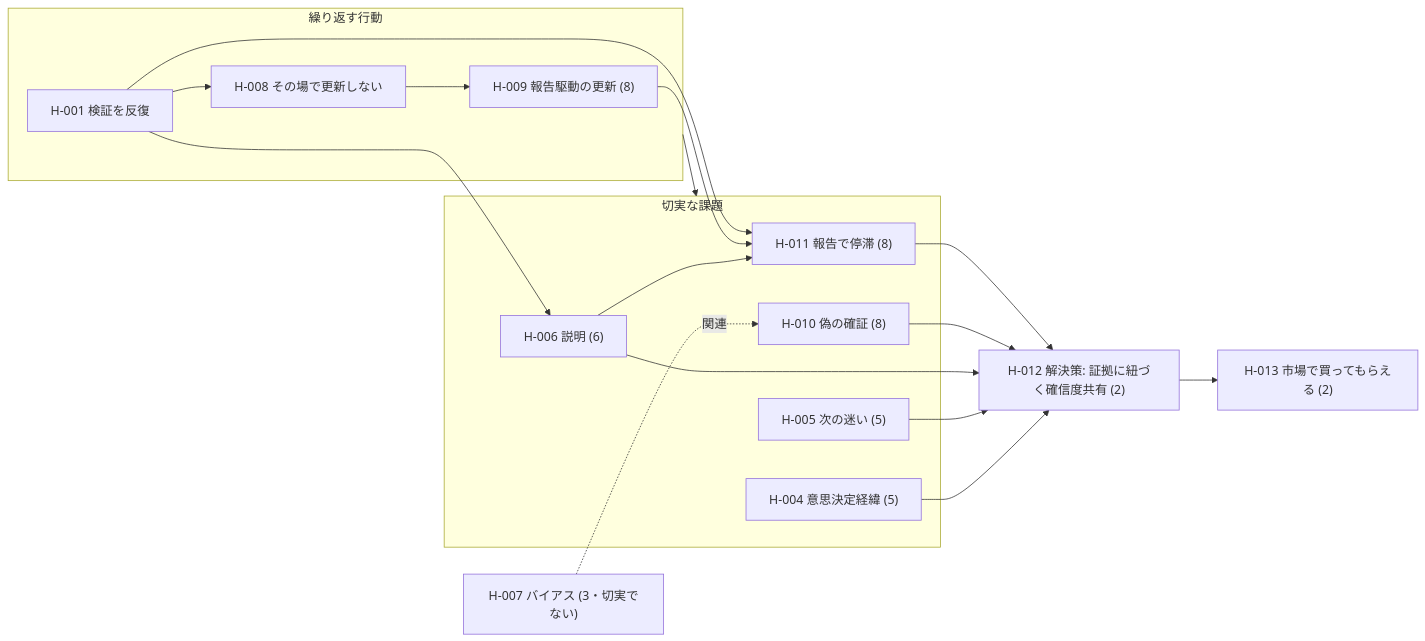
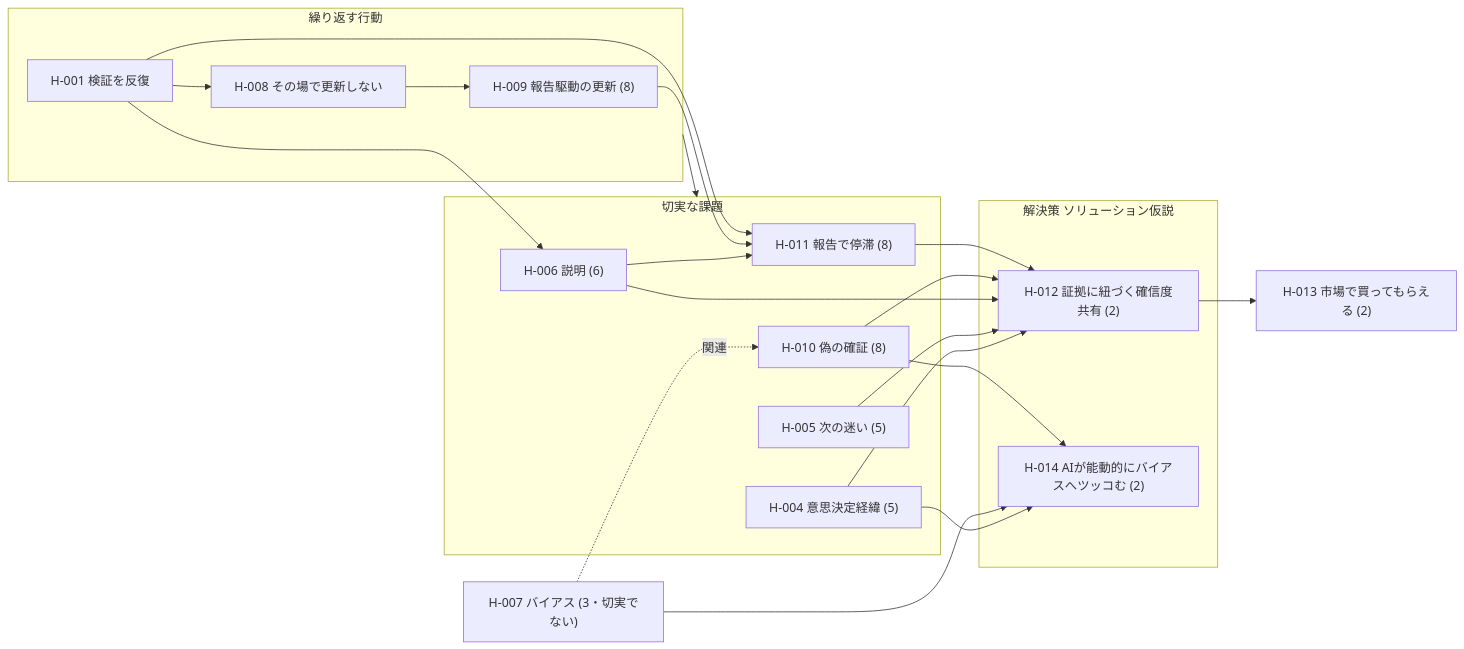
The diagram in projects/self/wiki/views/hypotheses-list.md (haru01/hypothesis-wiki), drawn with Mermaid before and after one commit. The commit also changed other lines of this file and 4 other files, not shown here.

````diff
--- a/projects/self/wiki/views/hypotheses-list.md
+++ b/projects/self/wiki/views/hypotheses-list.md
@@ -14,29 +14,35 @@
 ```mermaid
 flowchart LR
   subgraph B[繰り返す行動]
     H001["H-001 検証を反復"]
     H008["H-008 その場で更新しない"]
     H009["H-009 報告駆動の更新 (8)"]
   end
   subgraph P[切実な課題]
     H011["H-011 報告で停滞 (8)"]
     H010["H-010 偽の確証 (8)"]
     H006["H-006 説明 (6)"]
     H005["H-005 次の迷い (5)"]
     H004["H-004 意思決定経緯 (5)"]
   end
-  S["H-012 解決策: 証拠に紐づく確信度共有 (2)"]
+  subgraph SOL[解決策 ソリューション仮説]
+    S012["H-012 証拠に紐づく確信度共有 (2)"]
+    S014["H-014 AIが能動的にバイアスへツッコむ (2)"]
+  end
   M["H-013 市場で買ってもらえる (2)"]
   H001 --> H008 --> H009
   H001 --> H011
   H009 --> H011
   H001 --> H006 --> H011
   B --> P
-  H011 --> S
-  H010 --> S
-  H006 --> S
-  H005 --> S
-  H004 --> S
-  S --> M
-  H007["H-007 バイアス (3・切実でない)"] -. 関連 .-> H010
+  H011 --> S012
+  H010 --> S012
+  H006 --> S012
+  H005 --> S012
+  H004 --> S012
+  H010 --> S014
+  H007["H-007 バイアス (3・切実でない)"] --> S014
+  H004 --> S014
+  S012 --> M
+  H007 -. 関連 .-> H010
 ```
````
